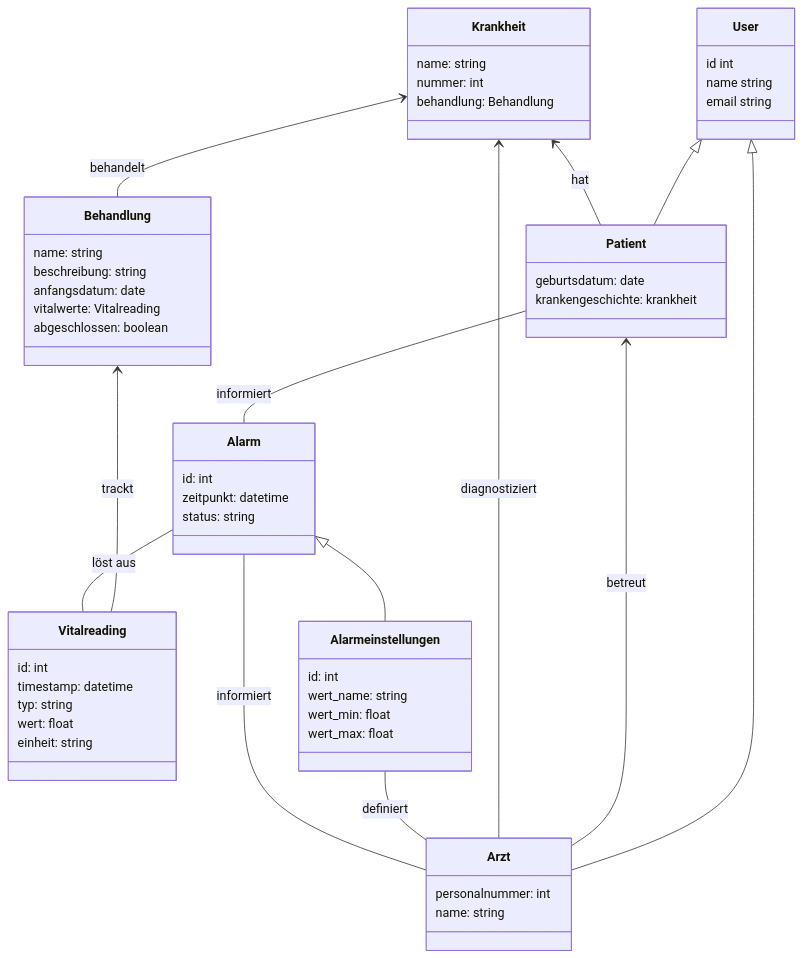
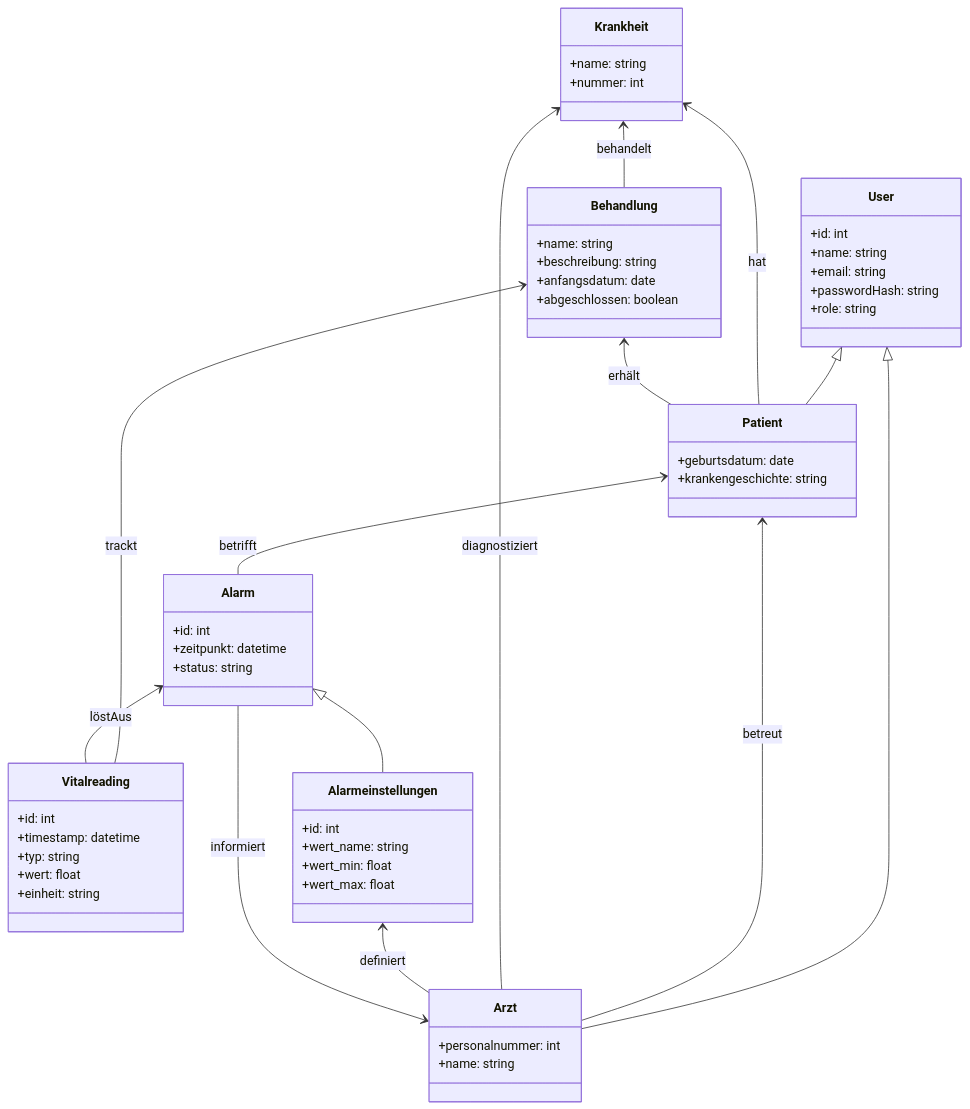
One commit to Nadolze/MediTrack changed the diagram in README.md. Above: the diagram before and after it, drawn with Mermaid. The commit also changed other lines of this file and 15 other files, not shown here.

````diff
--- a/README.md
+++ b/README.md
@@ -259,65 +243,70 @@
 ```mermaid
----
-config:
-  layout: dagre
----
 classDiagram
 direction BT
+
+    class User {
+        +id: int
+        +name: string
+        +email: string
+        +passwordHash: string
+        +role: string
+    }
+
     class Patient {
-	    geburtsdatum: date
-	    krankengeschichte: krankheit
+        +geburtsdatum: date
+        +krankengeschichte: string
     }
+
     class Arzt {
-	    personalnummer: int
-	    name: string
+        +personalnummer: int
+        +name: string
     }
+
     class Krankheit {
-	    name: string
-	    nummer: int
-	    behandlung: Behandlung
+        +name: string
+        +nummer: int
     }
+
     class Behandlung {
-	    name: string
-	    beschreibung: string
-	    anfangsdatum: date
-	    vitalwerte: Vitalreading
-	    abgeschlossen: boolean
+        +name: string
+        +beschreibung: string
+        +anfangsdatum: date
+        +abgeschlossen: boolean
     }
-    class User {
-	    id int
-	    name string
-	    email string
+
+    class Vitalreading {
+        +id: int
+        +timestamp: datetime
+        +typ: string
+        +wert: float
+        +einheit: string
     }
-    class Vitalreading {
-	    id: int
-	    timestamp: datetime
-	    typ: string
-	    wert: float
-	    einheit: string
+
+    class Alarm {
+        +id: int
+        +zeitpunkt: datetime
+        +status: string
     }
-    class Alarm {
-	    id: int
-	    zeitpunkt: datetime
-	    status: string
-    }
+
     class Alarmeinstellungen {
-	    id: int
-	    wert_name: string
-	    wert_min: float
-	    wert_max: float
+        +id: int
+        +wert_name: string
+        +wert_min: float
+        +wert_max: float
     }
 
     Patient --|> User
-    Arzt --|> User
+    Arzt    --|> User
+
     Arzt --> Patient : betreut
     Patient --> Krankheit : hat
     Arzt --> Krankheit : diagnostiziert
     Behandlung --> Krankheit : behandelt
+    Patient --> Behandlung : erhält
     Vitalreading --> Behandlung : trackt
-    Vitalreading -- Alarm : löst aus
-    Alarm -- Arzt : informiert
-    Alarm -- Patient : informiert
+    Vitalreading --> Alarm : löstAus
+    Alarm --> Arzt : informiert
+    Alarm --> Patient : betrifft
     Alarmeinstellungen --|> Alarm
-    Arzt -- Alarmeinstellungen : definiert
-
+    Arzt --> Alarmeinstellungen : definiert
 ```
````
